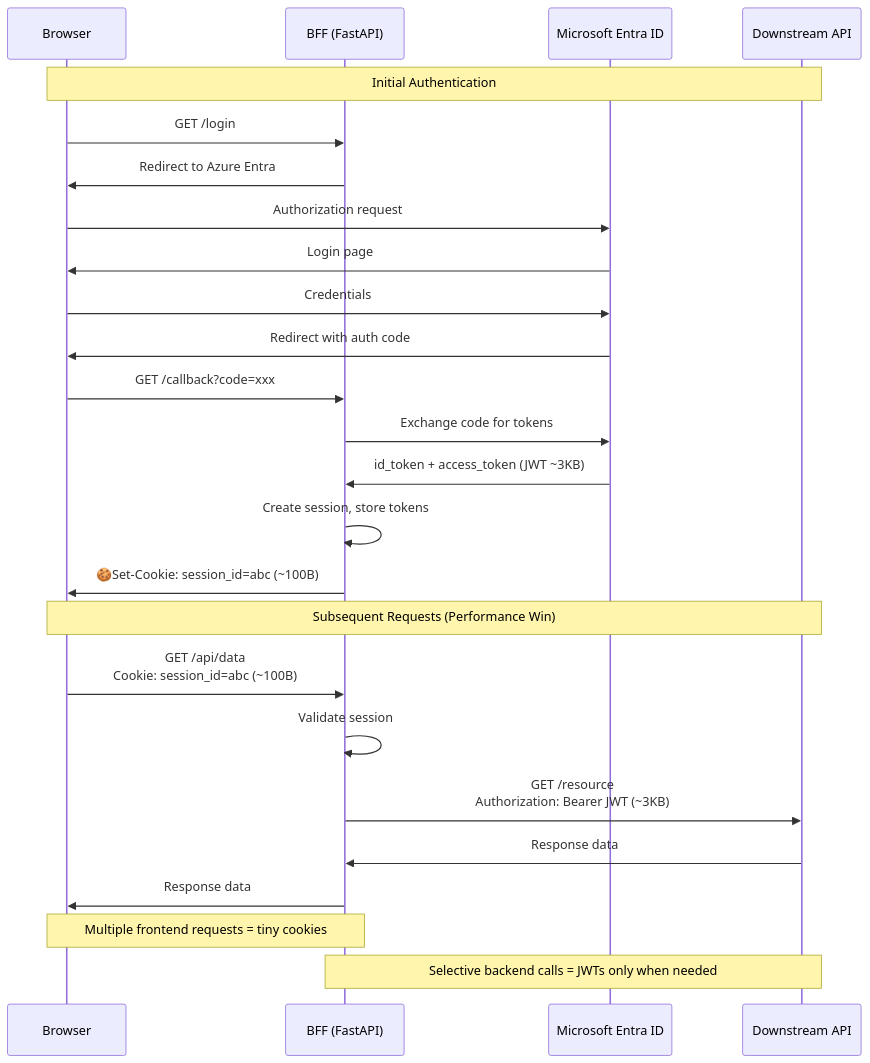
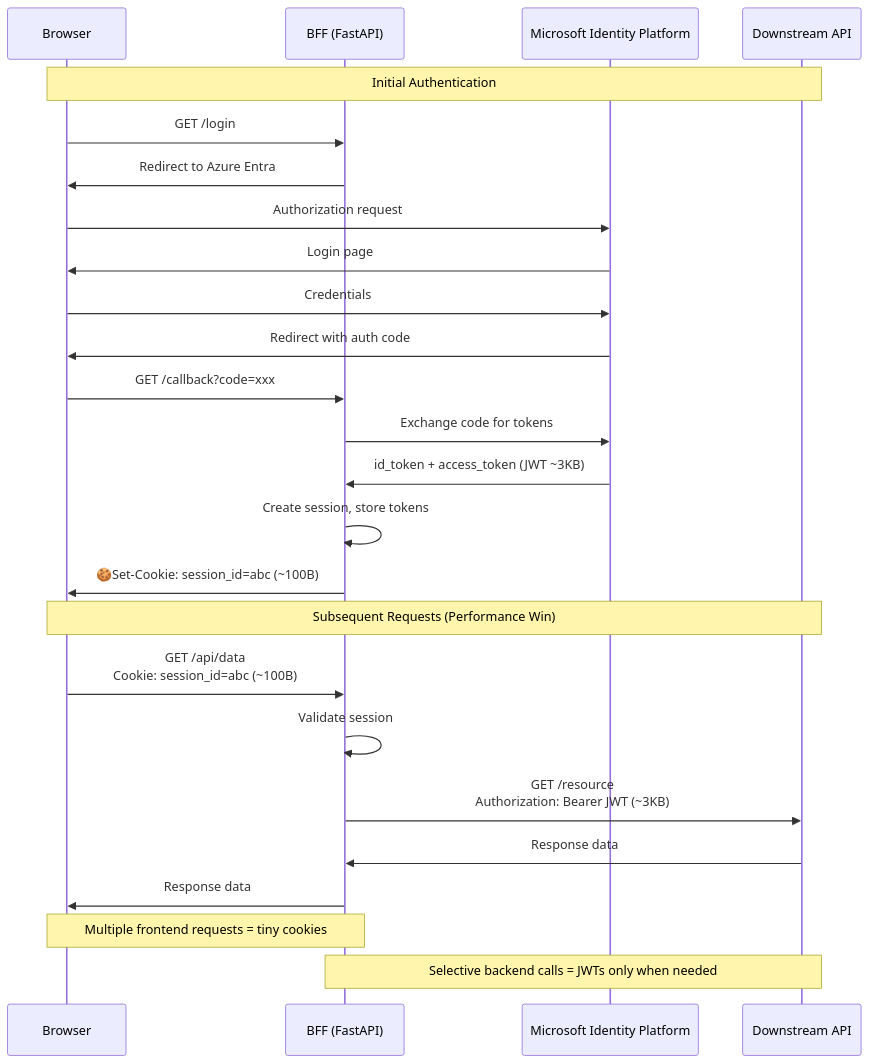
The sixth of 10 diagrams in docs/posts/2025/2025-11-18-oidc-openid-connect.md (copdips/copdips.github.io), drawn with Mermaid before and after one commit. The commit also changed other lines of this file, not shown here.

Commit message:
OIDC OpenID Connect / add access_token refresh flow and notes on Sender Constraining

````diff
--- a/docs/posts/2025/2025-11-18-oidc-openid-connect.md
+++ b/docs/posts/2025/2025-11-18-oidc-openid-connect.md
@@ -456,30 +525,30 @@
     ```mermaid
     sequenceDiagram
         participant Browser
         participant BFF as BFF (FastAPI)
-        participant IdP as Microsoft Entra ID
+        participant IdP as Microsoft Identity Platform
         participant API as Downstream API
 
         Note over Browser,API: Initial Authentication
         Browser->>BFF: GET /login
         BFF->>Browser: Redirect to Azure Entra
         Browser->>IdP: Authorization request
         IdP->>Browser: Login page
         Browser->>IdP: Credentials
         IdP->>Browser: Redirect with auth code
         Browser->>BFF: GET /callback?code=xxx
         BFF->>IdP: Exchange code for tokens
         IdP->>BFF: id_token + access_token (JWT ~3KB)
         BFF->>BFF: Create session, store tokens
         BFF->>Browser: 🍪Set-Cookie: session_id=abc (~100B)
 
         Note over Browser,API: Subsequent Requests (Performance Win)
         Browser->>BFF: GET /api/data<br/>Cookie: session_id=abc (~100B)
         BFF->>BFF: Validate session
         BFF->>API: GET /resource<br/>Authorization: Bearer JWT (~3KB)
         API->>BFF: Response data
         BFF->>Browser: Response data
 
         Note over Browser,BFF: Multiple frontend requests = tiny cookies
         Note over BFF,API: Selective backend calls = JWTs only when needed
     ```
````
